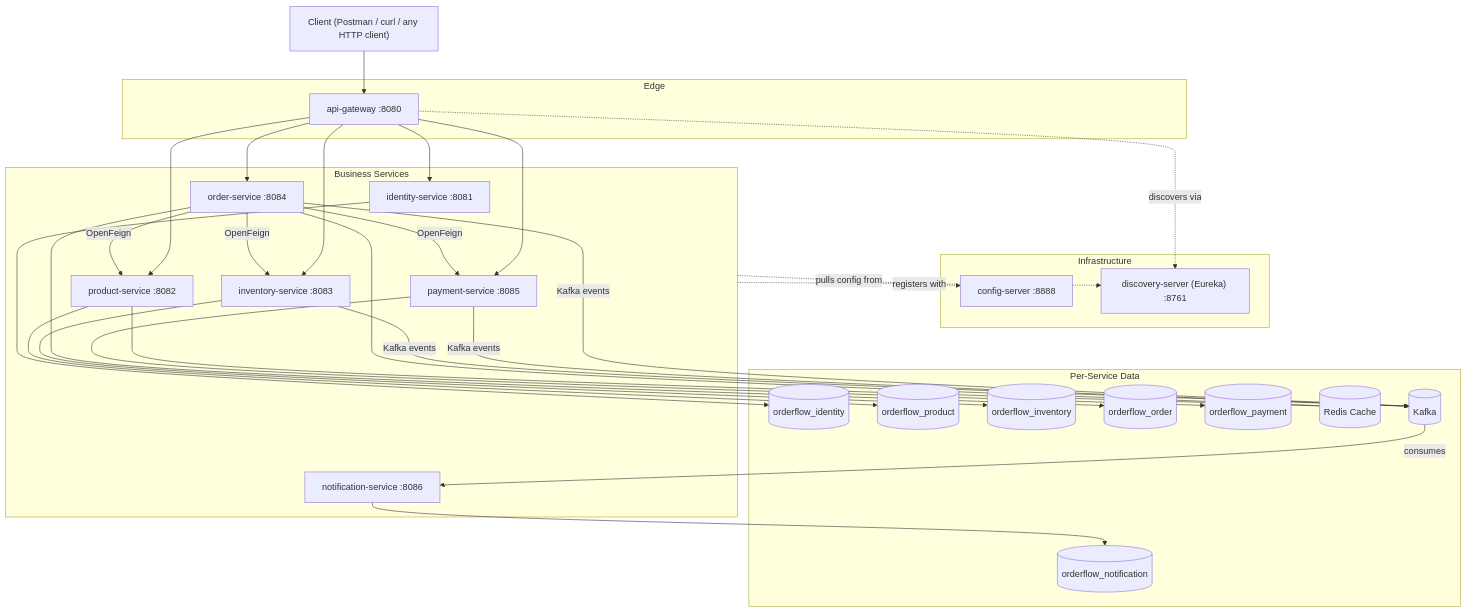
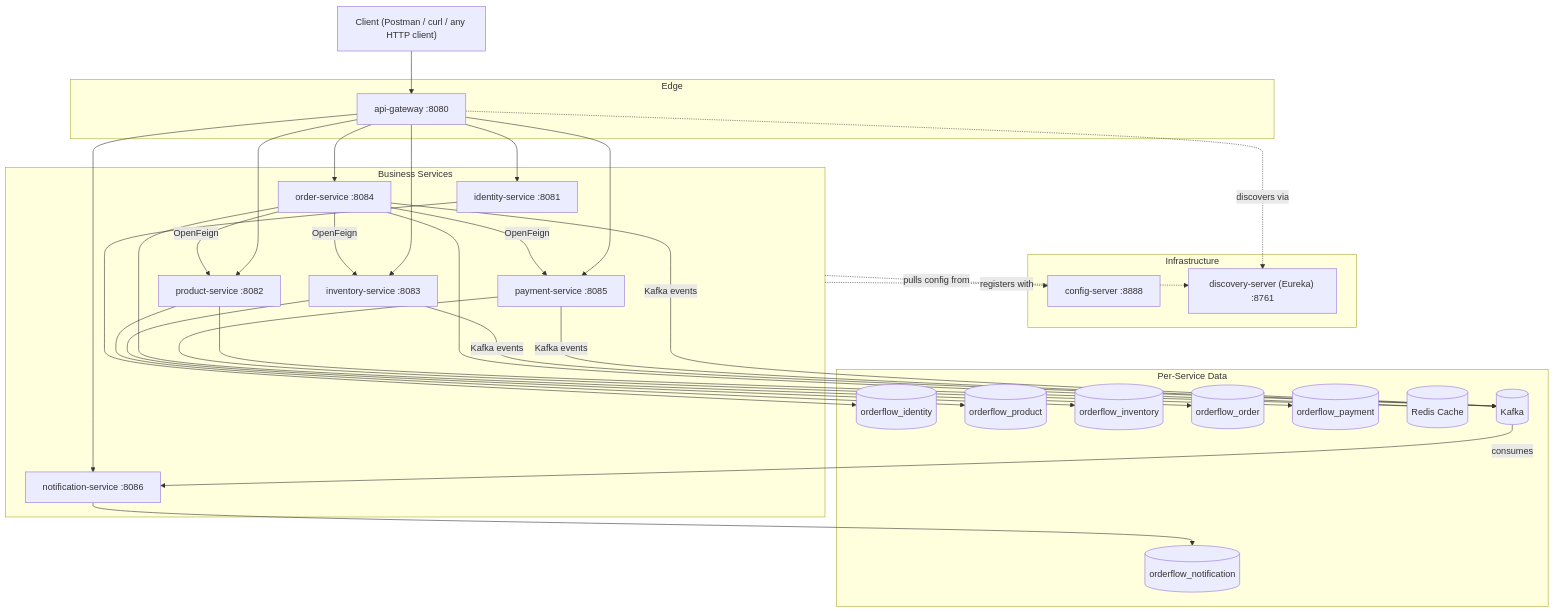
The diagram in README.md (vaishnavipatil978/OrderFlow), drawn with Mermaid before and after one commit. The commit also changed other lines of this file and 223 other files, not shown here.

````diff
--- a/README.md
+++ b/README.md
@@ -33,63 +46,64 @@
 ```mermaid
 flowchart TB
     Client["Client (Postman / curl / any HTTP client)"]
 
     subgraph Edge["Edge"]
         Gateway["api-gateway :8080"]
     end
 
     subgraph Infra["Infrastructure"]
         Config["config-server :8888"]
         Discovery["discovery-server (Eureka) :8761"]
     end
 
     subgraph Services["Business Services"]
         Identity["identity-service :8081"]
         Product["product-service :8082"]
         Inventory["inventory-service :8083"]
         Order["order-service :8084"]
         Payment["payment-service :8085"]
         Notification["notification-service :8086"]
     end
 
     subgraph Data["Per-Service Data"]
         DBI[(orderflow_identity)]
         DBP[(orderflow_product)]
         DBInv[(orderflow_inventory)]
         DBO[(orderflow_order)]
         DBPay[(orderflow_payment)]
         DBN[(orderflow_notification)]
         Redis[(Redis Cache)]
         Kafka[(Kafka)]
     end
 
     Client --> Gateway
     Gateway --> Identity
     Gateway --> Product
     Gateway --> Inventory
     Gateway --> Order
     Gateway --> Payment
+    Gateway --> Notification
 
     Services -.registers with.-> Discovery
     Gateway -.discovers via.-> Discovery
     Services -.pulls config from.-> Config
 
     Order -- OpenFeign --> Product
     Order -- OpenFeign --> Inventory
     Order -- OpenFeign --> Payment
 
     Order -- Kafka events --> Kafka
     Payment -- Kafka events --> Kafka
     Inventory -- Kafka events --> Kafka
     Kafka -- consumes --> Notification
 
     Identity --> DBI
     Product --> DBP
     Inventory --> DBInv
     Order --> DBO
     Payment --> DBPay
     Notification --> DBN
 
     Order --- Redis
     Product --- Redis
 ```
````
